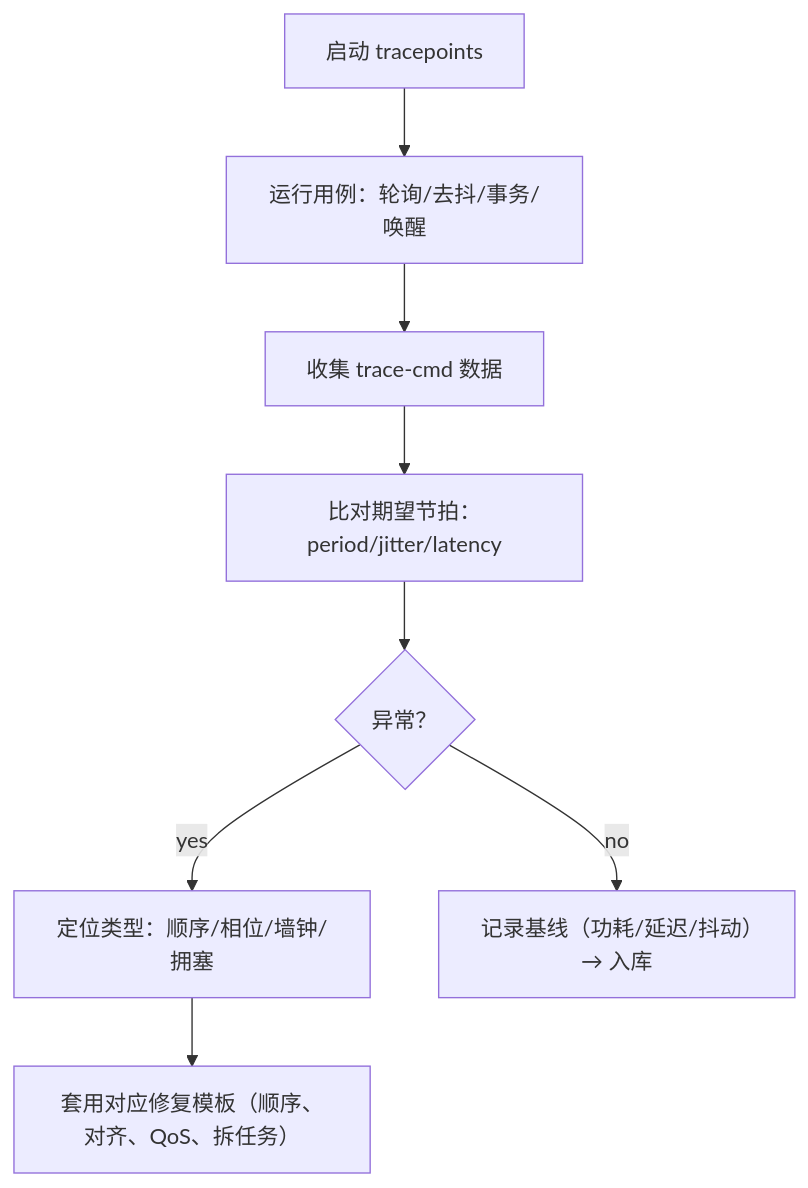
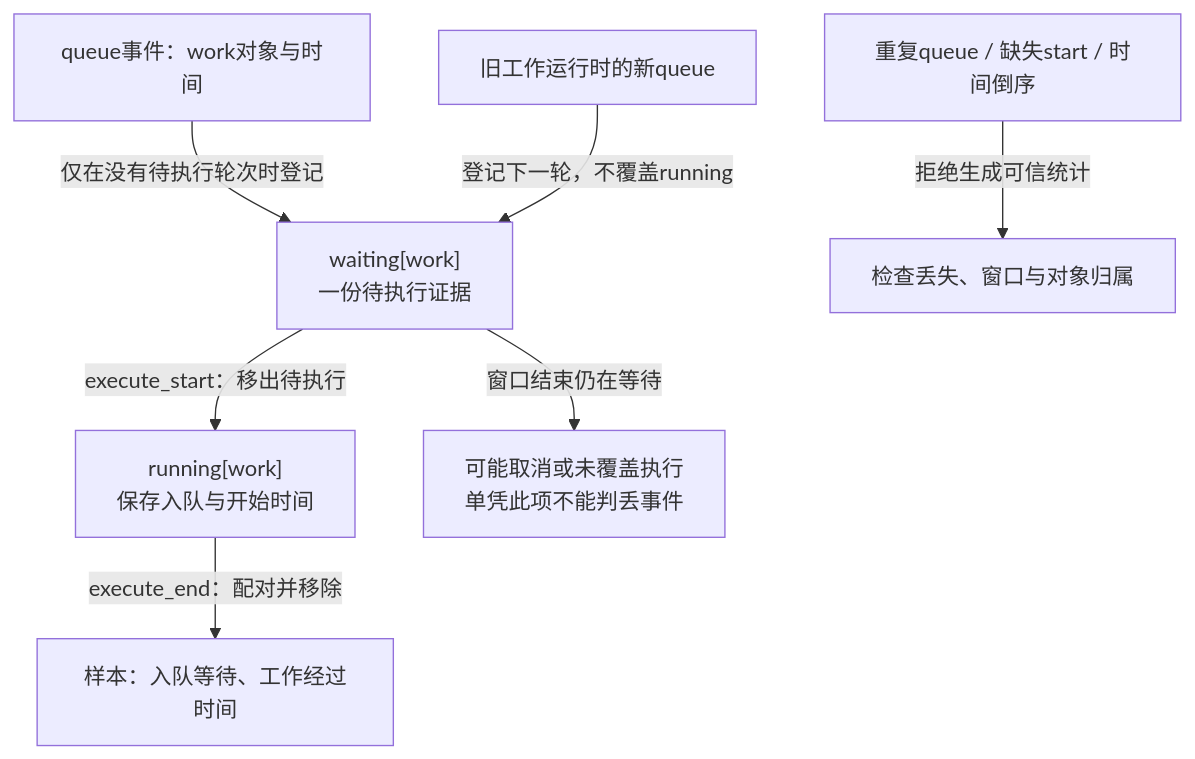
Before and after one commit to FormingSystem/linux_note: the second of 2 diagrams in knowledge/linux/synchronization_and_asynchrony/asynchrony/timers/P13_调试_验证与常见陷阱.md, drawn with Mermaid. The commit also changed other lines of this file and 2 other files, not shown here.

````diff
--- a/knowledge/linux/synchronization_and_asynchrony/asynchrony/timers/P13_调试_验证与常见陷阱.md
+++ b/knowledge/linux/synchronization_and_asynchrony/asynchrony/timers/P13_调试_验证与常见陷阱.md
@@ -269,10 +178,9 @@
 ```mermaid
 flowchart TD
-  S["启动 tracepoints"] --> A["运行用例：轮询/去抖/事务/唤醒"]
-  A --> B["收集 trace-cmd 数据"]
-  B --> C["比对期望节拍：period/jitter/latency"]
-  C --> D{"异常？"}
-  D -->|yes| E["定位类型：顺序/相位/墙钟/拥塞"]
-  E --> F["套用对应修复模板（顺序、对齐、QoS、拆任务）"]
-  D -->|no| G["记录基线（功耗/延迟/抖动）→ 入库"]
+  Q["queue事件：work对象与时间"] -->|仅在没有待执行轮次时登记| P["waiting[work]<br/>一份待执行证据"]
+  P -->|execute_start：移出待执行| R["running[work]<br/>保存入队与开始时间"]
+  R -->|execute_end：配对并移除| S["样本：入队等待、工作经过时间"]
+  N["旧工作运行时的新queue"] -->|登记下一轮，不覆盖running| P
+  X["重复queue / 缺失start / 时间倒序"] -->|拒绝生成可信统计| E["检查丢失、窗口与对象归属"]
+  P -->|窗口结束仍在等待| U["可能取消或未覆盖执行<br/>单凭此项不能判丢事件"]
 ```
````
